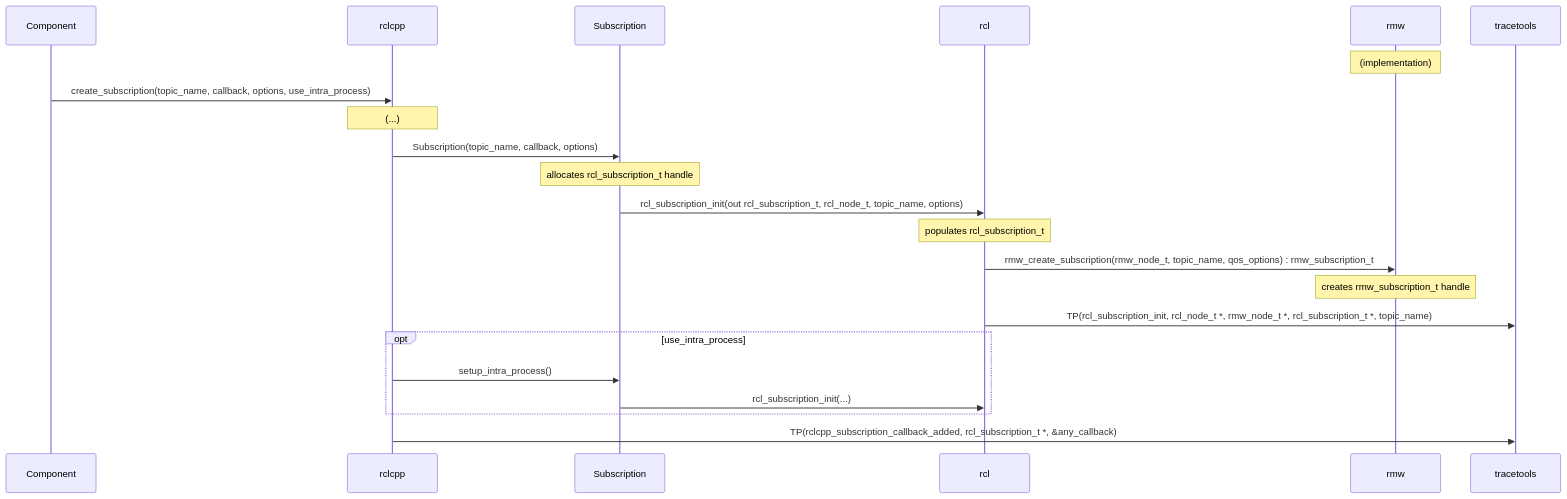
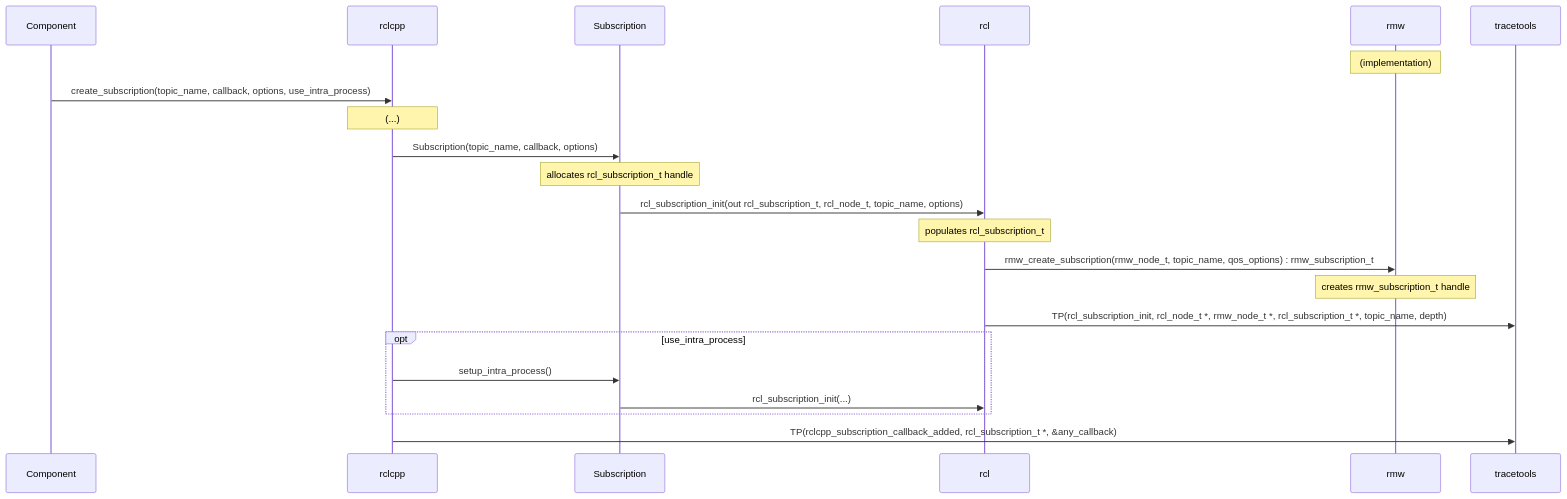
One commit to ros2/ros2_tracing changed the fourth of 7 diagrams in doc/design_ros_2.md. Above: the diagram before and after it, drawn with Mermaid.

Commit message:
Add depth to rcl_subscription_init tracepoint call

````diff
--- a/doc/design_ros_2.md
+++ b/doc/design_ros_2.md
@@ -117,29 +117,29 @@
 ```mermaid
 sequenceDiagram
     participant Component
     participant rclcpp
     participant Subscription
     participant rcl
     participant rmw
     participant tracetools
 
     Note over rmw: (implementation)
 
     Component->>rclcpp: create_subscription(topic_name, callback, options, use_intra_process)
     Note over rclcpp: (...)
     rclcpp->>Subscription: Subscription(topic_name, callback, options)
     Note over Subscription: allocates rcl_subscription_t handle
     Subscription->>rcl: rcl_subscription_init(out rcl_subscription_t, rcl_node_t, topic_name, options)
     Note over rcl: populates rcl_subscription_t
     rcl->>rmw: rmw_create_subscription(rmw_node_t, topic_name, qos_options) : rmw_subscription_t
     Note over rmw: creates rmw_subscription_t handle
 
-    rcl->>tracetools: TP(rcl_subscription_init, rcl_node_t *, rmw_node_t *, rcl_subscription_t *, topic_name)
+    rcl->>tracetools: TP(rcl_subscription_init, rcl_node_t *, rmw_node_t *, rcl_subscription_t *, topic_name, depth)
 
     opt use_intra_process
         rclcpp->>Subscription: setup_intra_process()
         Subscription->>rcl: rcl_subscription_init(...)
     end
 
     rclcpp->>tracetools: TP(rclcpp_subscription_callback_added, rcl_subscription_t *, &any_callback)
 ```
````
